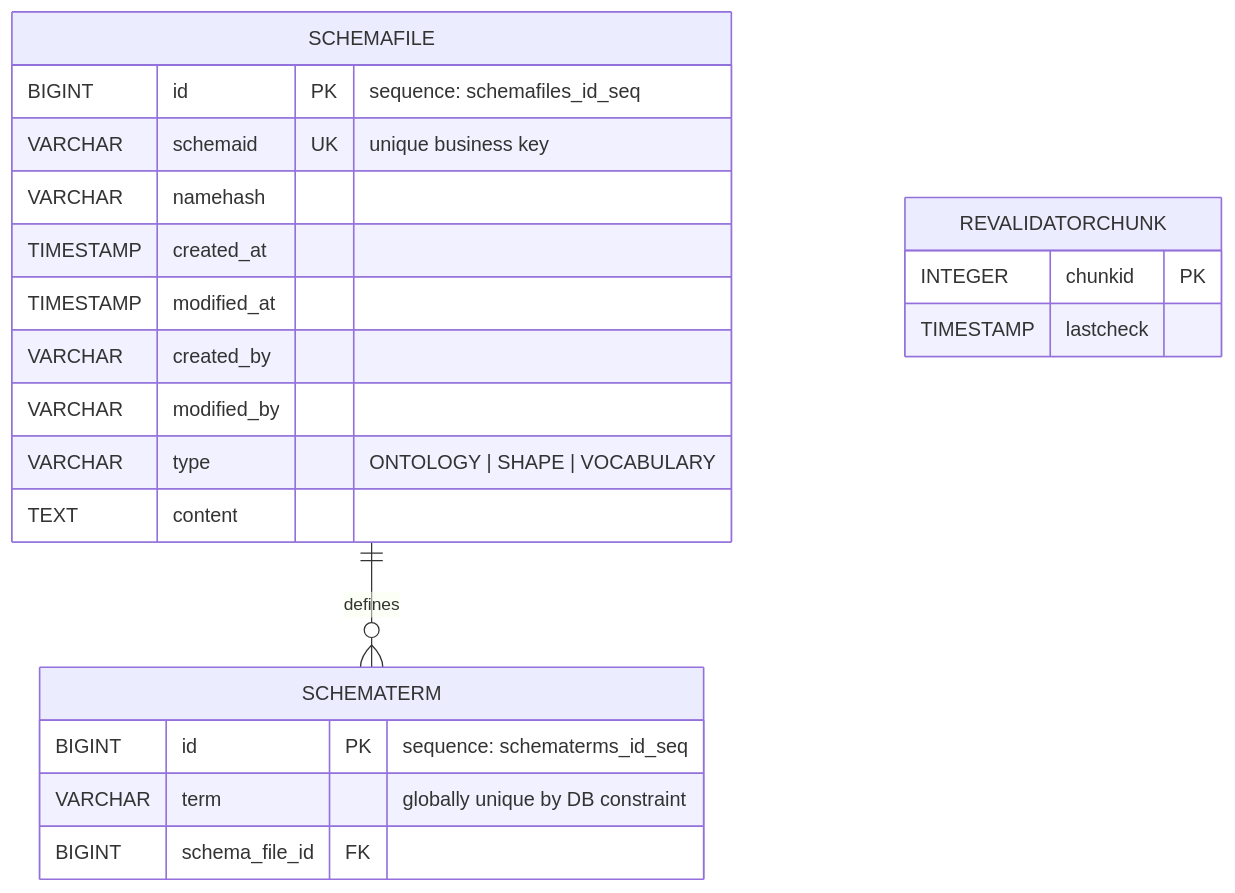
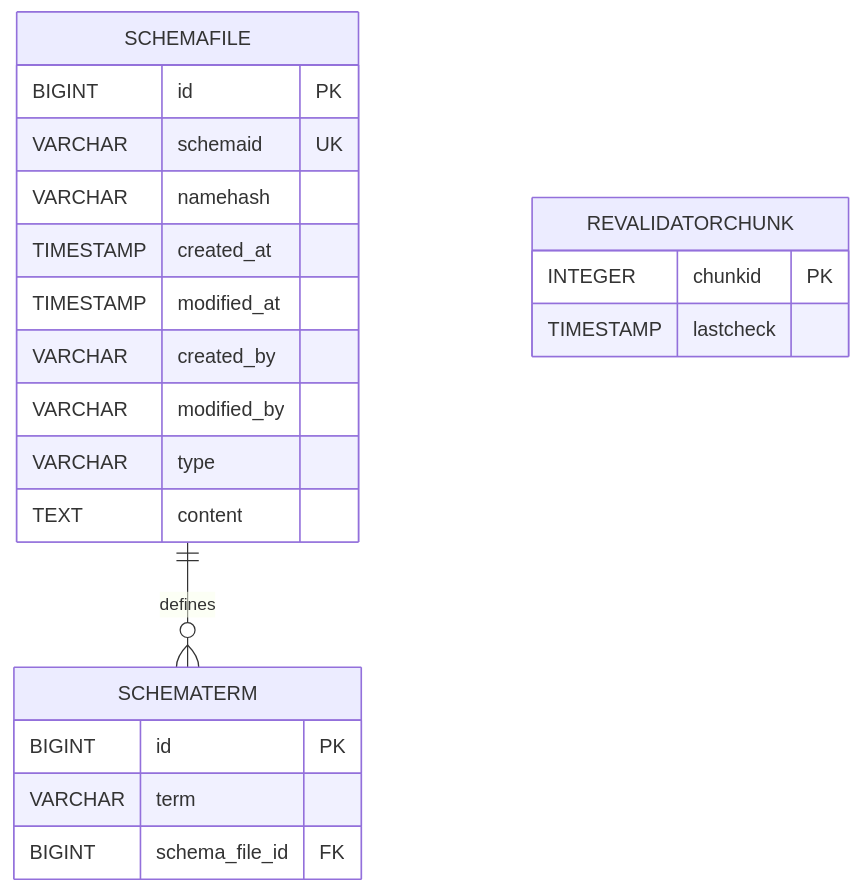
Before and after one commit to federated-catalogue-enhancements-2026/docs: the sixth of 12 diagrams in federated-catalogue/src/docs/architecture/chapters/05_building_block_view.adoc, drawn with Mermaid. The commit also changed other lines of this file and 2 other files, not shown here.

```diff
--- a/federated-catalogue/src/docs/architecture/chapters/05_building_block_view.adoc
+++ b/federated-catalogue/src/docs/architecture/chapters/05_building_block_view.adoc
@@ -886,28 +886,28 @@
 [mermaid, width=2000]
 ....
 erDiagram
     SCHEMAFILE {
-        BIGINT id PK "sequence: schemafiles_id_seq"
-        VARCHAR schemaid UK "unique business key"
+        BIGINT id PK
+        VARCHAR schemaid UK
         VARCHAR namehash
         TIMESTAMP created_at
         TIMESTAMP modified_at
         VARCHAR created_by
         VARCHAR modified_by
-        VARCHAR type "ONTOLOGY | SHAPE | VOCABULARY"
+        VARCHAR type
         TEXT content
     }
 
     SCHEMATERM {
-        BIGINT id PK "sequence: schematerms_id_seq"
-        VARCHAR term "globally unique by DB constraint"
+        BIGINT id PK
+        VARCHAR term
         BIGINT schema_file_id FK
     }
 
     REVALIDATORCHUNK {
         INTEGER chunkid PK
         TIMESTAMP lastcheck
     }
 
     SCHEMAFILE ||--o{ SCHEMATERM : defines
 ....
```
